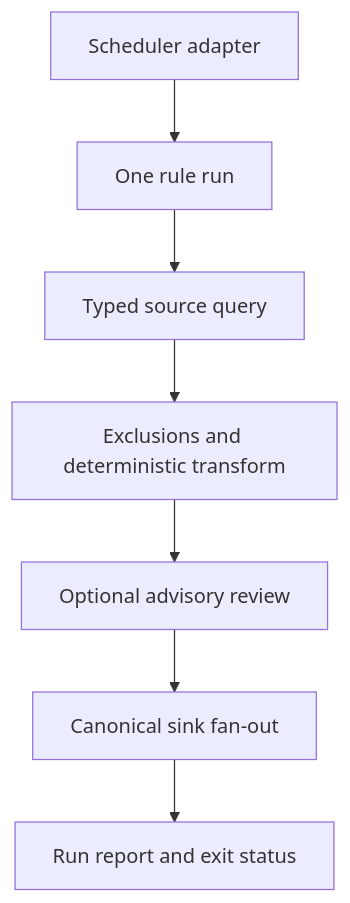
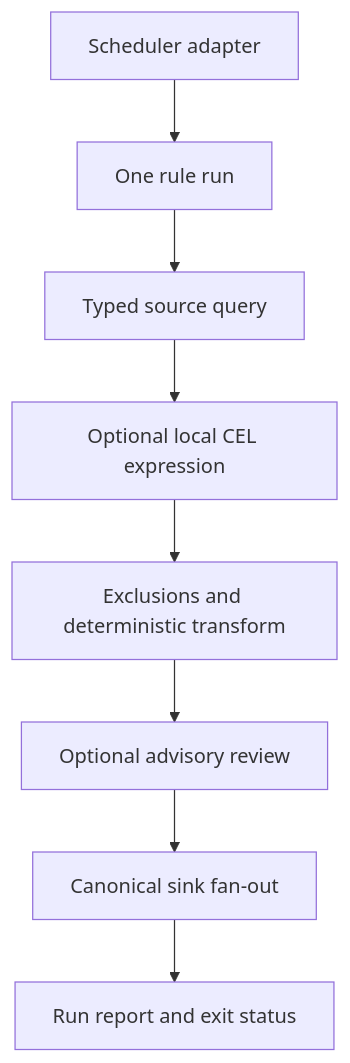
The diagram in docs/architecture.md (0x4D31/venator), drawn with Mermaid before and after one commit. The commit also changed other lines of this file and 37 other files, not shown here.

````diff
--- a/docs/architecture.md
+++ b/docs/architecture.md
@@ -6,9 +6,10 @@
 ```mermaid
 flowchart TD
   S["Scheduler adapter"] --> R["One rule run"]
   R --> Q["Typed source query"]
-  Q --> D["Exclusions and deterministic transform"]
+  Q --> F["Optional local CEL expression"]
+  F --> D["Exclusions and deterministic transform"]
   D --> A["Optional advisory review"]
   A --> P["Canonical sink fan-out"]
   P --> O["Run report and exit status"]
 ```
````
